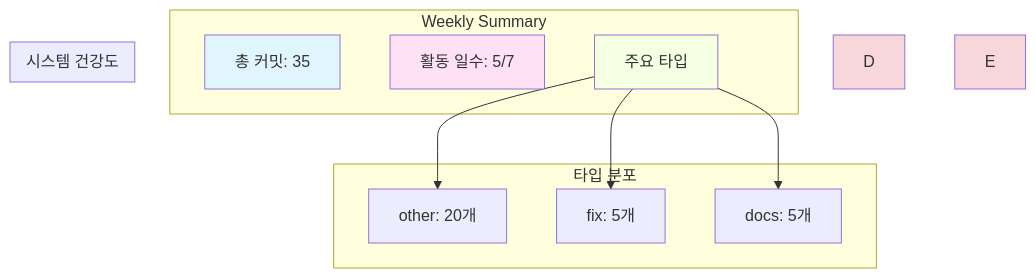
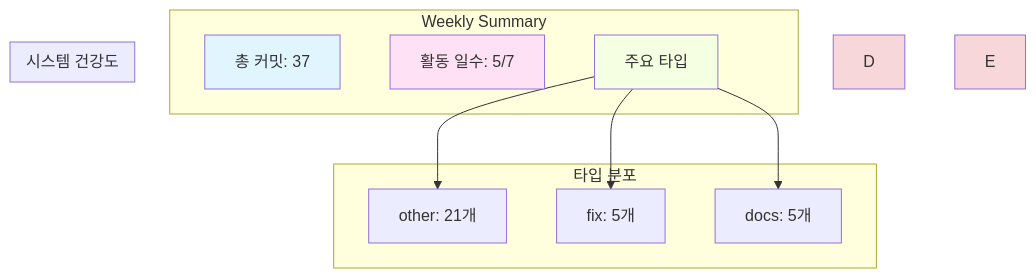
One commit to doppleddiggong/YiSan changed the diagram in Documents/DevLog/2025-W45-Summary.md. Above: the diagram before and after it, drawn with Mermaid. The commit also changed other lines of this file, not shown here.

````diff
--- a/Documents/DevLog/2025-W45-Summary.md
+++ b/Documents/DevLog/2025-W45-Summary.md
@@ -226,35 +226,35 @@
 ```mermaid
 graph TB
     subgraph "Weekly Summary"
-        A[총 커밋: 35]
+        A[총 커밋: 37]
         B[활동 일수: 5/7]
         C[주요 타입]
     end
 
     subgraph "타입 분포"
     
     
-        C --> OTHER[other: 20개]
+        C --> OTHER[other: 21개]
     
         C --> FIX[fix: 5개]
     
         C --> DOCS[docs: 5개]
     
     
     end
 
     subgraph "시스템 건강도"
     
     
     end
 
     style A fill:#e1f5ff
     style B fill:#ffe1f5
     style C fill:#f5ffe1
     
     style D fill:#f8d7da
     
     
     style E fill:#f8d7da
     
 ```
````
